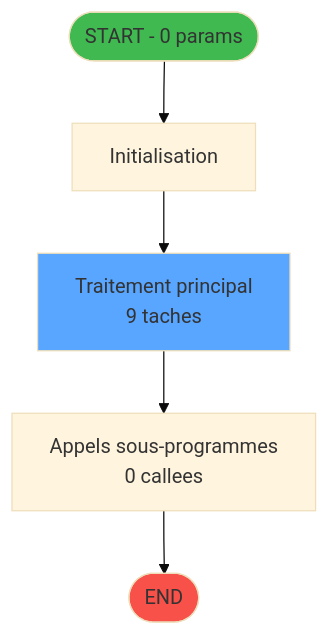
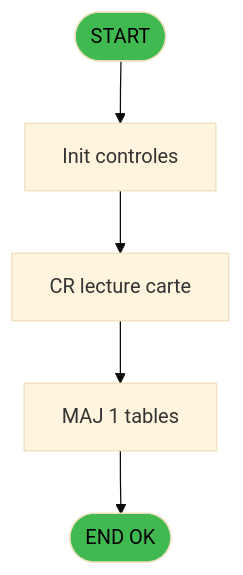
Before and after one commit to thonyAGP/magic-migration: the second of 4 diagrams in .openspec/specs/ADH-IDE-77.md, drawn with Mermaid (base theme). The commit also changed other lines of this file and 253 other files, not shown here.

````diff
--- a/.openspec/specs/ADH-IDE-77.md
+++ b/.openspec/specs/ADH-IDE-77.md
@@ -91,14 +1593,14 @@
 ```mermaid
 flowchart TD
-    START([START - 0 params])
-    INIT["Initialisation"]
-    PROCESS["Traitement principal<br/>9 taches"]
-    CALLS["Appels sous-programmes<br/>0 callees"]
-    ENDOK([END])
+    START([START])
+    INIT[Init controles]
+    SAISIE[CR lecture carte]
+    UPDATE[MAJ 1 tables]
+    ENDOK([END OK])
 
-    START --> INIT --> PROCESS --> CALLS --> ENDOK
+    START --> INIT --> SAISIE
+    SAISIE --> UPDATE --> ENDOK
 
-    style START fill:#3fb950
-    style ENDOK fill:#f85149
-    style PROCESS fill:#58a6ff
+    style START fill:#3fb950,color:#000
+    style ENDOK fill:#3fb950,color:#000
 ```
````
